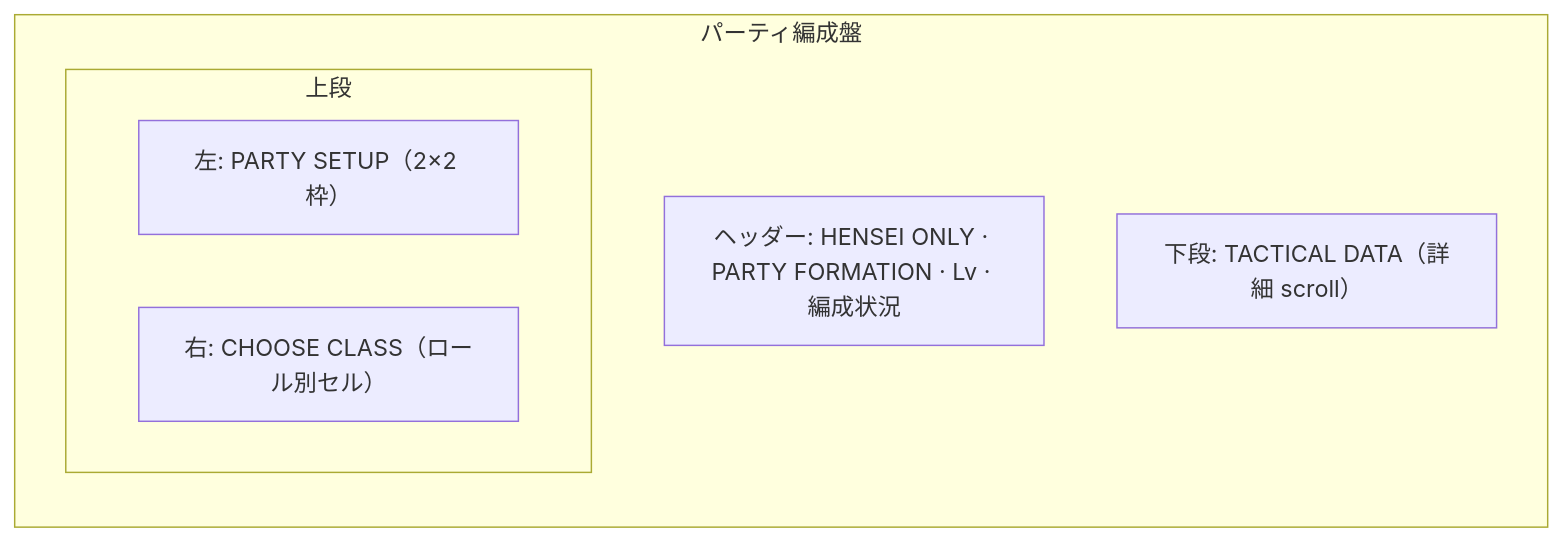
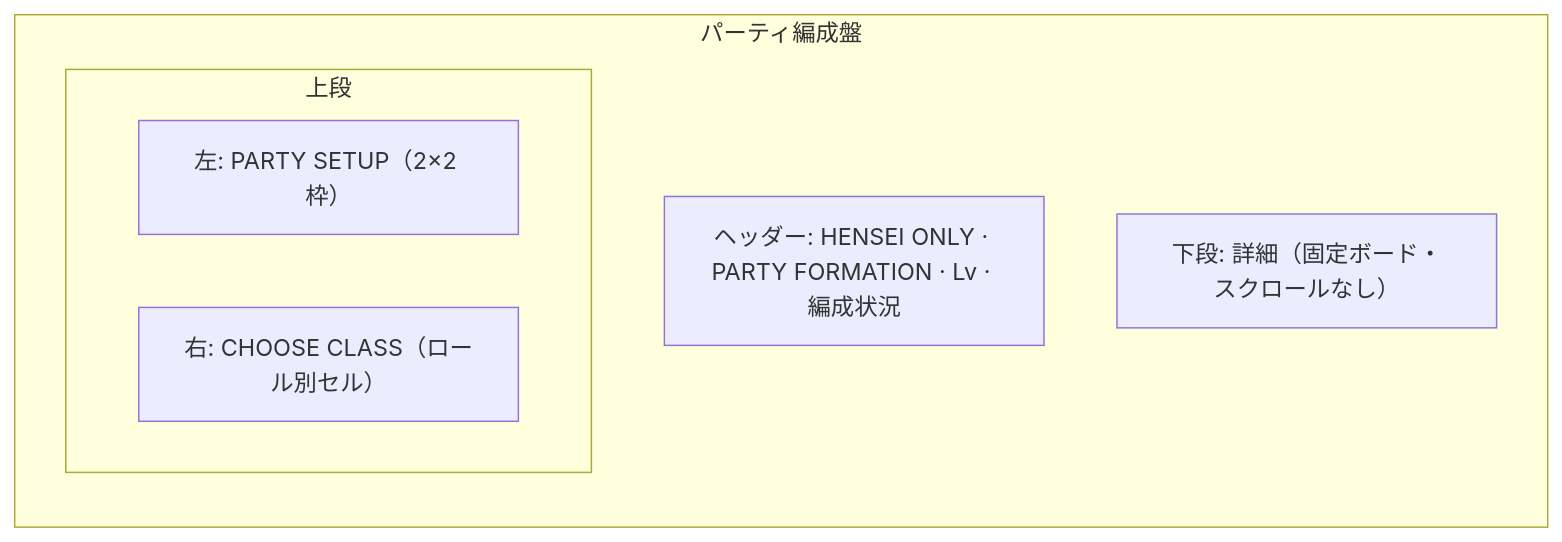
One commit to sucRo0629/auto-battle-idle changed the diagram in docs/spec/party-formation-ui.md. Above: the diagram before and after it, drawn with Mermaid. The commit also changed other lines of this file and 14 other files, not shown here.

````diff
--- a/docs/spec/party-formation-ui.md
+++ b/docs/spec/party-formation-ui.md
@@ -74,13 +75,13 @@
 ```mermaid
 flowchart TB
   subgraph win["パーティ編成盤"]
     direction TB
     bar["ヘッダー: HENSEI ONLY · PARTY FORMATION · Lv · 編成状況"]
     subgraph upper["上段"]
       direction LR
       roster["左: PARTY SETUP（2×2 枠）"]
       archive["右: CHOOSE CLASS（ロール別セル）"]
     end
-    detail["下段: TACTICAL DATA（詳細 scroll）"]
+    detail["下段: 詳細（固定ボード・スクロールなし）"]
   end
 ```
````
